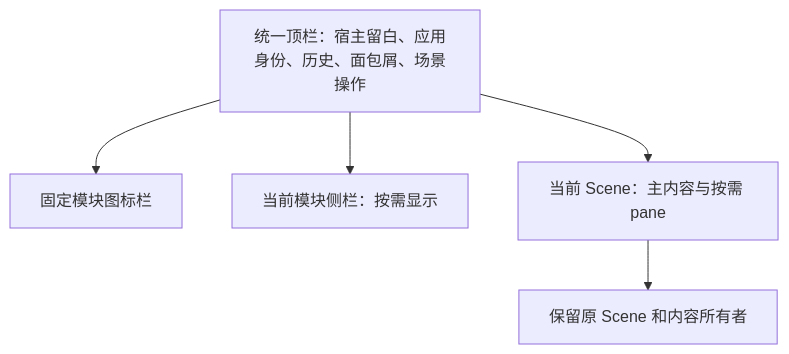
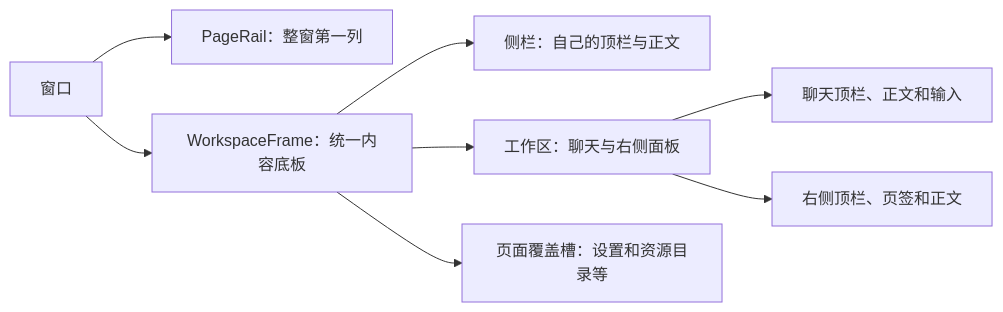
The diagram in docs/superpowers/specs/2026-11-06-openbot-ui-alignment-design.md (JieWaZi/NeuxBot), drawn with Mermaid before and after one commit. The commit also changed other lines of this file and 85 other files, not shown here.

````diff
--- a/docs/superpowers/specs/2026-11-06-openbot-ui-alignment-design.md
+++ b/docs/superpowers/specs/2026-11-06-openbot-ui-alignment-design.md
@@ -92,8 +44,10 @@
 ```mermaid
-flowchart TB
-  Header[统一顶栏：宿主留白、应用身份、历史、面包屑、场景操作]
-  Header --> Rail[固定模块图标栏]
-  Header --> Sidebar[当前模块侧栏：按需显示]
-  Header --> Content[当前 Scene：主内容与按需 pane]
-  Content --> Owner[保留原 Scene 和内容所有者]
+flowchart LR
+  Window[窗口] --> Rail[PageRail：整窗第一列]
+  Window --> Frame[WorkspaceFrame：统一内容底板]
+  Frame --> Sidebar[侧栏：自己的顶栏与正文]
+  Frame --> Panes[工作区：聊天与右侧面板]
+  Frame --> Page[页面覆盖槽：设置和资源目录等]
+  Panes --> Chat[聊天顶栏、正文和输入]
+  Panes --> Dock[右侧顶栏、页签和正文]
 ```
````
